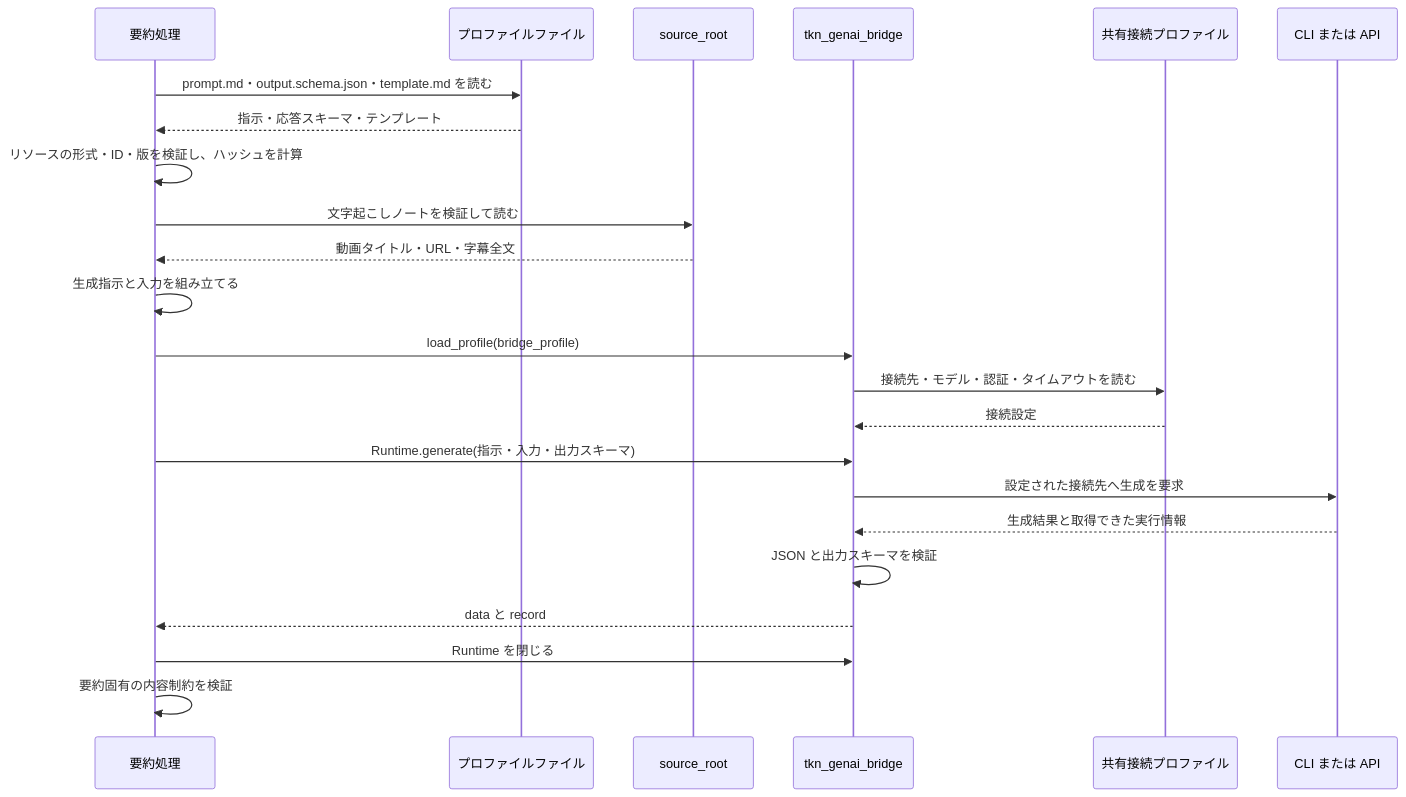
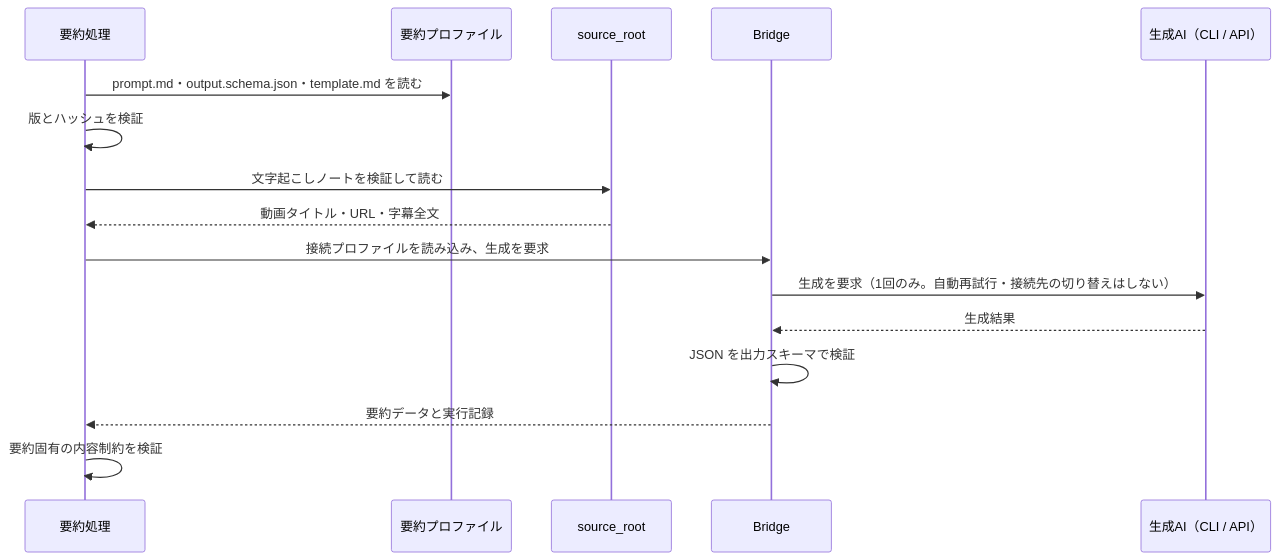
One commit to tuckn/tkn_youtube_note_pipeline changed the fourth of 5 diagrams in README.md. Above: the diagram before and after it, drawn with Mermaid. The commit also changed other lines of this file, not shown here.

````diff
--- a/README.md
+++ b/README.md
@@ -601,26 +626,19 @@
 ```mermaid
 sequenceDiagram
     participant App as 要約処理
-    participant Profile as プロファイルファイル
+    participant Profile as 要約プロファイル
     participant Source as source_root
-    participant Bridge as tkn_genai_bridge
-    participant Config as 共有接続プロファイル
-    participant AI as CLI または API
+    participant Bridge as Bridge
+    participant AI as 生成AI（CLI / API）
 
     App->>Profile: prompt.md・output.schema.json・template.md を読む
-    Profile-->>App: 指示・応答スキーマ・テンプレート
-    App->>App: リソースの形式・ID・版を検証し、ハッシュを計算
+    App->>App: 版とハッシュを検証
     App->>Source: 文字起こしノートを検証して読む
     Source-->>App: 動画タイトル・URL・字幕全文
-    App->>App: 生成指示と入力を組み立てる
-    App->>Bridge: load_profile(bridge_profile)
-    Bridge->>Config: 接続先・モデル・認証・タイムアウトを読む
-    Config-->>Bridge: 接続設定
-    App->>Bridge: Runtime.generate(指示・入力・出力スキーマ)
-    Bridge->>AI: 設定された接続先へ生成を要求
-    AI-->>Bridge: 生成結果と取得できた実行情報
-    Bridge->>Bridge: JSON と出力スキーマを検証
-    Bridge-->>App: data と record
-    App->>Bridge: Runtime を閉じる
+    App->>Bridge: 接続プロファイルを読み込み、生成を要求
+    Bridge->>AI: 生成を要求（1回のみ。自動再試行・接続先の切り替えはしない）
+    AI-->>Bridge: 生成結果
+    Bridge->>Bridge: JSON を出力スキーマで検証
+    Bridge-->>App: 要約データと実行記録
     App->>App: 要約固有の内容制約を検証
 ```
````
